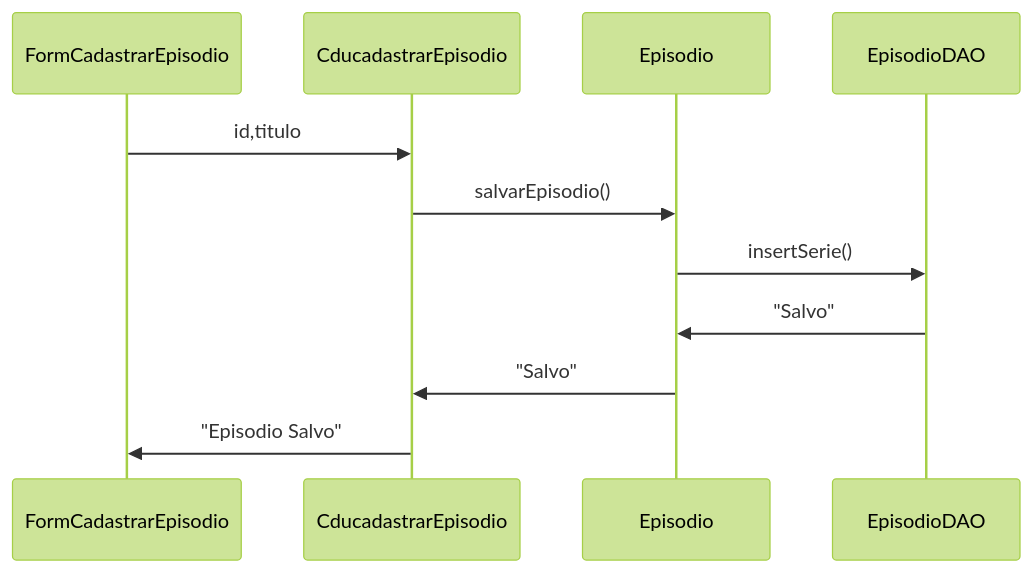
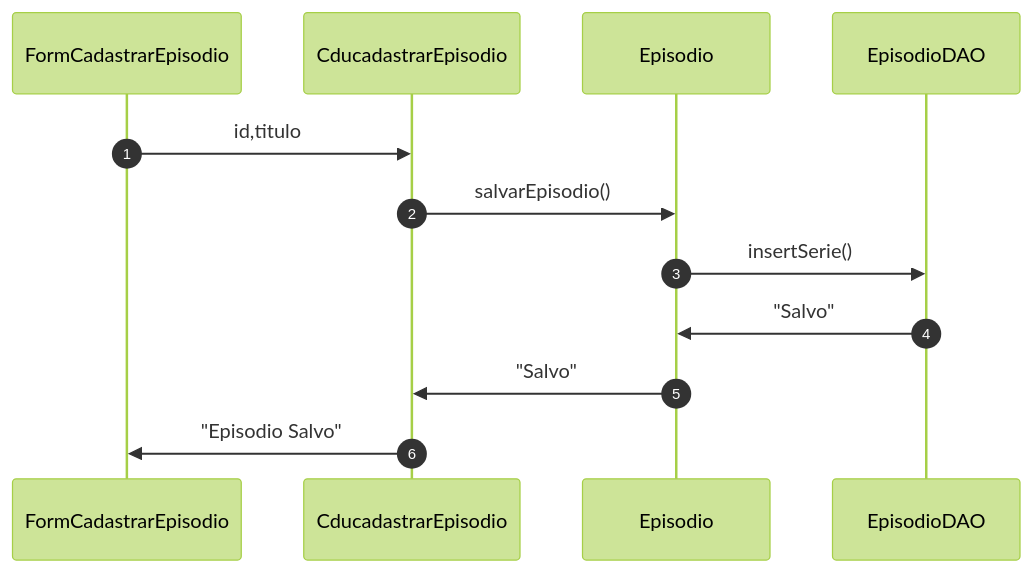
One commit to jramso/poo-JAVA-IFES changed the second of 2 diagrams in POOFlix_JDBC/src/umls/diagrams.md. Above: the diagram before and after it, drawn with Mermaid (forest theme).

Commit message:
✨ feat(UML): autonumber DIAGRAMS
ordem de sequencia dos diagramas

````diff
--- a/POOFlix_JDBC/src/umls/diagrams.md
+++ b/POOFlix_JDBC/src/umls/diagrams.md
@@ -13,9 +13,10 @@
 ```mermaid
 sequenceDiagram
+    autonumber
     FormCadastrarEpisodio->>CducadastrarEpisodio: id,titulo
     CducadastrarEpisodio->>Episodio: salvarEpisodio()
     Episodio->>EpisodioDAO: insertSerie()
     EpisodioDAO->>Episodio: "Salvo"
     Episodio->>CducadastrarEpisodio: "Salvo"
     CducadastrarEpisodio->>FormCadastrarEpisodio: "Episodio Salvo"
 ```
````
